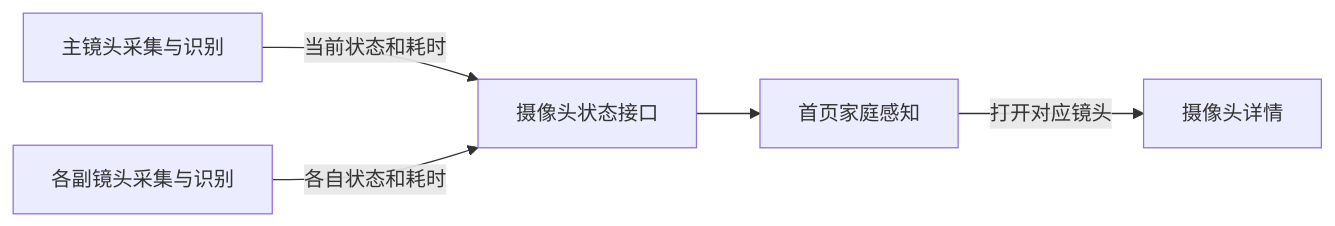
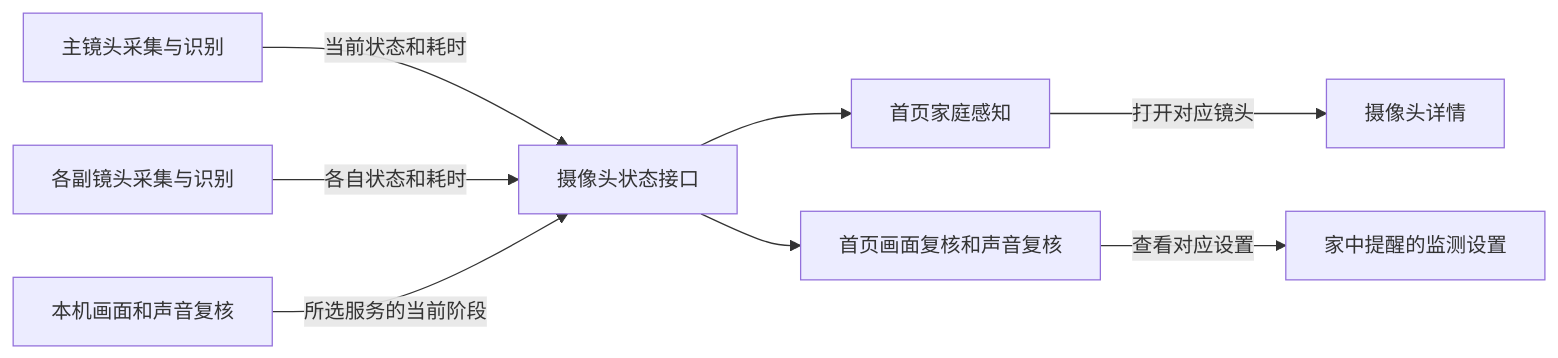
One commit to Geeprox/Friday changed the first of 21 diagrams in docs/architecture.md. Above: the diagram before and after it, drawn with Mermaid. The commit also changed other lines of this file and 15 other files, not shown here.

````diff
--- a/docs/architecture.md
+++ b/docs/architecture.md
@@ -27,7 +29,10 @@
 ```mermaid
 flowchart LR
   A[主镜头采集与识别] -->|当前状态和耗时| C[摄像头状态接口]
   B[各副镜头采集与识别] -->|各自状态和耗时| C
+  F[本机画面和声音复核] -->|所选服务的当前阶段| C
   C --> D[首页家庭感知]
   D -->|打开对应镜头| E[摄像头详情]
+  C --> G[首页画面复核和声音复核]
+  G -->|查看对应设置| H[家中提醒的监测设置]
 ```
````
